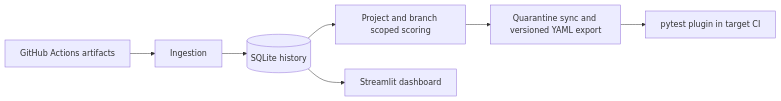
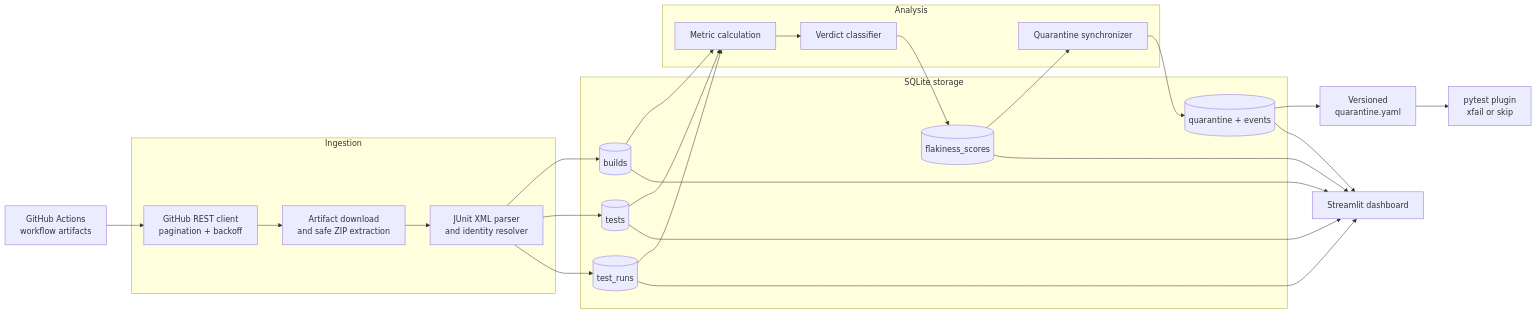
Before and after one commit to DakshUbhadia/ChilliFlake: the diagram in README.md, drawn with Mermaid. The commit also changed other lines of this file, not shown here.

````diff
--- a/README.md
+++ b/README.md
@@ -5,9 +29,42 @@
 ```mermaid
 flowchart LR
-  A[GitHub Actions artifacts] --> B[Ingestion]
-  B --> C[(SQLite history)]
-  C --> D[Project and branch scoped scoring]
-  D --> E[Quarantine sync and versioned YAML export]
-  E --> F[pytest plugin in target CI]
-  C --> G[Streamlit dashboard]
+    GH[GitHub Actions\nworkflow artifacts]
+
+    subgraph Ingestion
+        API[GitHub REST client\npagination + backoff]
+        ZIP[Artifact download\nand safe ZIP extraction]
+        XML[JUnit XML parser\nand identity resolver]
+    end
+
+    subgraph Storage[SQLite storage]
+        B[(builds)]
+        T[(tests)]
+        R[(test_runs)]
+        S[(flakiness_scores)]
+        Q[(quarantine + events)]
+    end
+
+    subgraph Analysis
+        METRICS[Metric calculation]
+        VERDICT[Verdict classifier]
+        SYNC[Quarantine synchronizer]
+    end
+
+    YAML[Versioned\nquarantine.yaml]
+    PYTEST[pytest plugin\nxfail or skip]
+    DASH[Streamlit dashboard]
+
+    GH --> API --> ZIP --> XML
+    XML --> B
+    XML --> T
+    XML --> R
+    B --> METRICS
+    T --> METRICS
+    R --> METRICS --> VERDICT --> S
+    S --> SYNC --> Q --> YAML --> PYTEST
+    B --> DASH
+    T --> DASH
+    R --> DASH
+    S --> DASH
+    Q --> DASH
 ```
````
